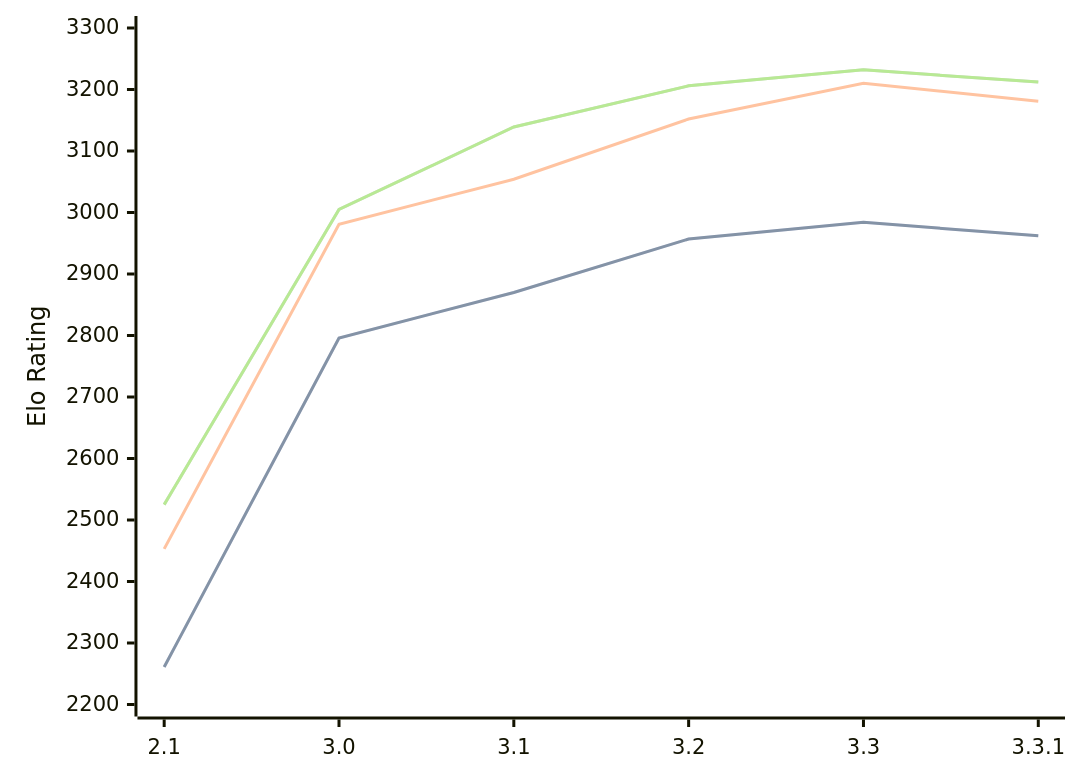
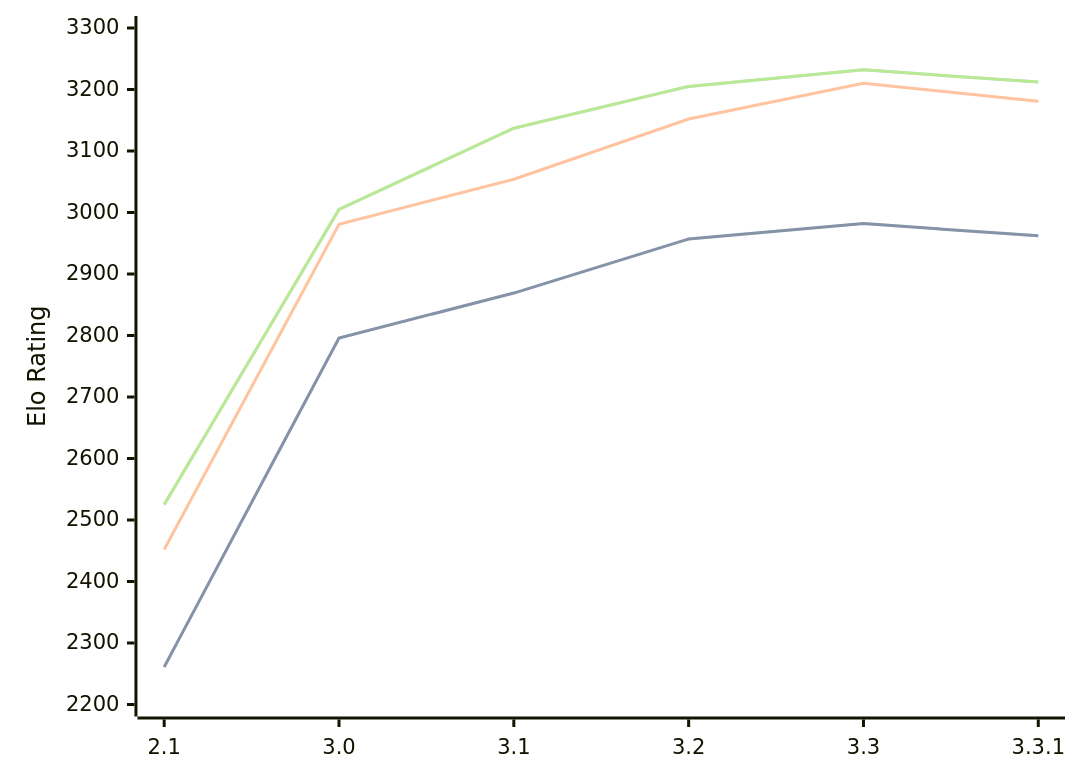
Before and after one commit to computer-chess-index/cci: the diagram in engines/Petrel.md, drawn with Mermaid. The commit also changed other lines of this file, not shown here.

Commit message:
Update CCI Ratings (ELO VLTC) - 2026-04-21

````diff
--- a/engines/Petrel.md
+++ b/engines/Petrel.md
@@ -45,11 +45,11 @@
 ```mermaid
 %%{init: {"theme":"base","themeVariables":{"seriesColors:['#a3a3a3','#222221','#faa371']}}}%%
 xychart-beta
   x-axis ["2.1", "3.0", "3.1", "3.2", "3.3", "3.3.1"]
   y-axis "Elo Rating" 2200 --> 3300
-  line "STC (8.0+0.08s)" [2261, 2796, 2870, 2957, 2984, 2962]
-  line "STC (8.0+0.08s)" [2261, 2796, 2870, 2957, 2984, 2962]
-  line "LTC (60.0+0.60s)" [2453, 2981, 3054, 3152, 3210, 3181]
-  line "VLTC (2m24s+1.12s)" [2525, 3005, 3139, 3206, 3232, 3212]
-  line "VLTC (2m24s+1.12s)" [2525, 3005, 3139, 3206, 3232, 3212]
+  line "STC (8.0+0.08s)" [2261, 2796, 2869, 2957, 2982, 2962]
+  line "STC (8.0+0.08s)" [2261, 2796, 2869, 2957, 2982, 2962]
+  line "LTC (60.0+0.60s)" [2452, 2981, 3054, 3152, 3210, 3181]
+  line "VLTC (2m24s+1.12s)" [2525, 3005, 3137, 3205, 3232, 3212]
+  line "VLTC (2m24s+1.12s)" [2525, 3005, 3137, 3205, 3232, 3212]
 ```
````
